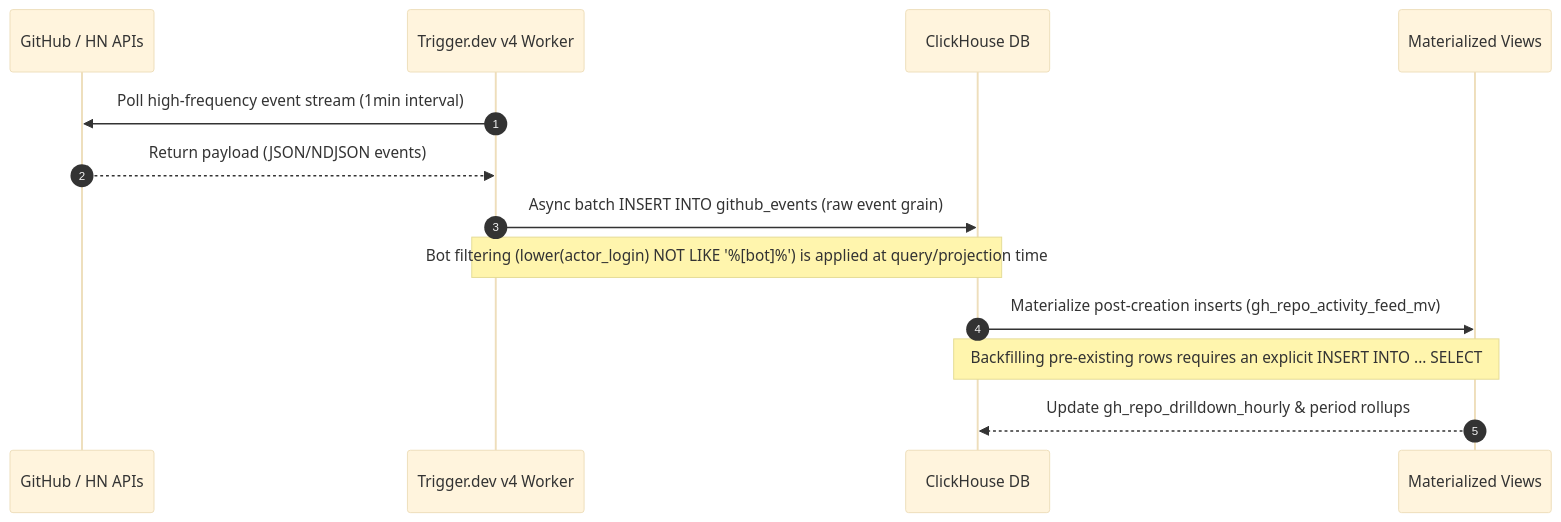
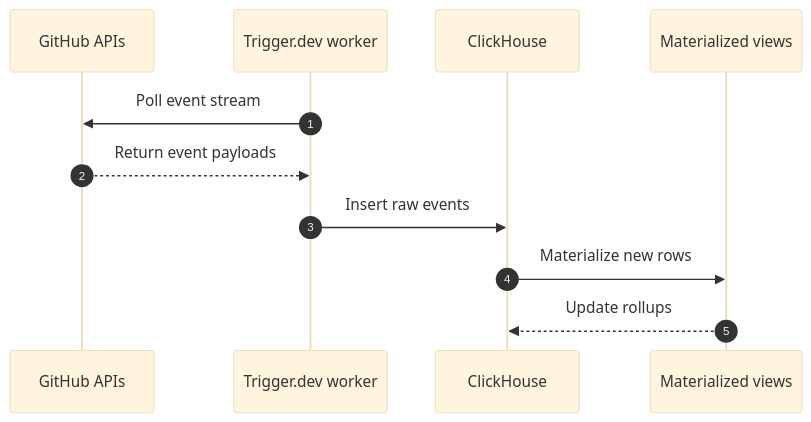
One commit to victoremnm/attention-terminal changed the second of 6 diagrams in docs/architecture/SYSTEM-ARCHITECTURE.md. Above: the diagram before and after it, drawn with Mermaid (base theme). The commit also changed other lines of this file, not shown here.

Commit message:
docs: simplify system architecture sequence diagram

````diff
--- a/docs/architecture/SYSTEM-ARCHITECTURE.md
+++ b/docs/architecture/SYSTEM-ARCHITECTURE.md
@@ -68,16 +68,14 @@
 ```mermaid
 sequenceDiagram
     autonumber
-    participant GH as GitHub / HN APIs
-    participant TD as Trigger.dev v4 Worker
-    participant CH as ClickHouse DB
-    participant MV as Materialized Views
+    participant GH as GitHub APIs
+    participant TD as Trigger.dev worker
+    participant CH as ClickHouse
+    participant MV as Materialized views
 
-    TD->>GH: Poll high-frequency event stream (1min interval)
-    GH-->>TD: Return payload (JSON/NDJSON events)
-    TD->>CH: Async batch INSERT INTO github_events (raw event grain)
-    Note over TD,CH: Bot filtering (lower(actor_login) NOT LIKE '%[bot]%') is applied at query/projection time
-    CH->>MV: Materialize post-creation inserts (gh_repo_activity_feed_mv)
-    Note over CH,MV: Backfilling pre-existing rows requires an explicit INSERT INTO ... SELECT
-    MV-->>CH: Update gh_repo_drilldown_hourly & period rollups
+    TD->>GH: Poll event stream
+    GH-->>TD: Return event payloads
+    TD->>CH: Insert raw events
+    CH->>MV: Materialize new rows
+    MV-->>CH: Update rollups
 ```
````
